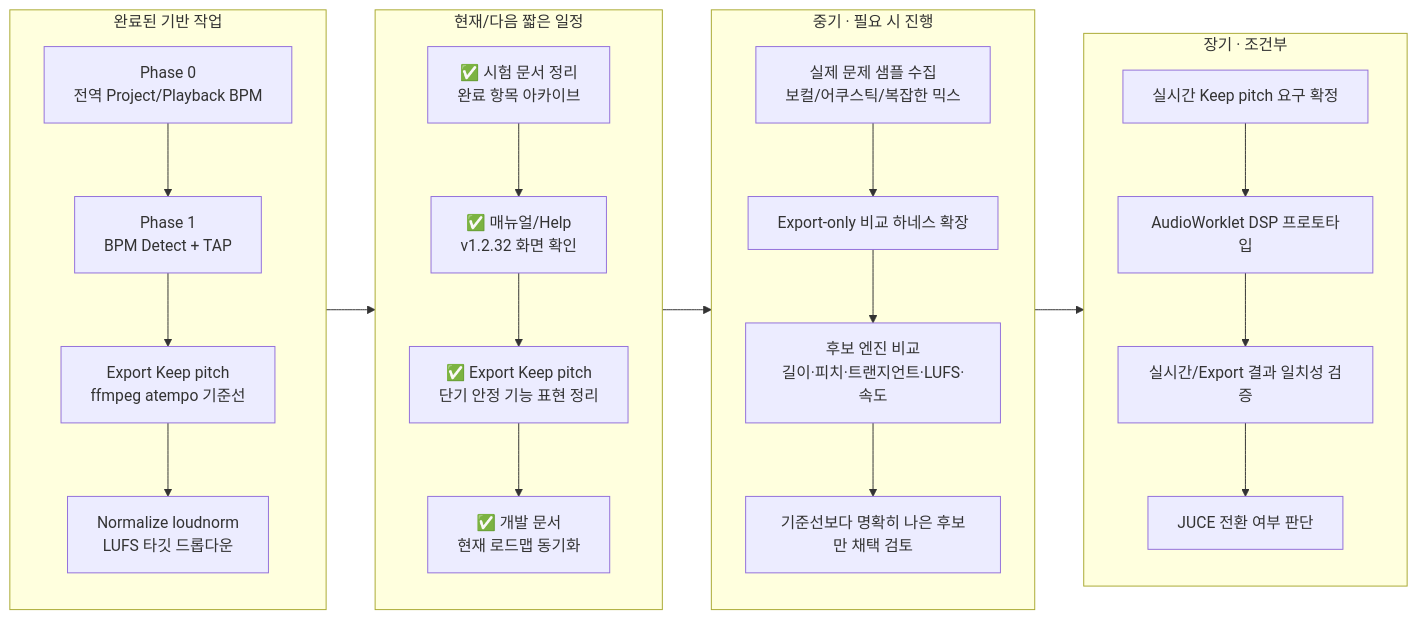
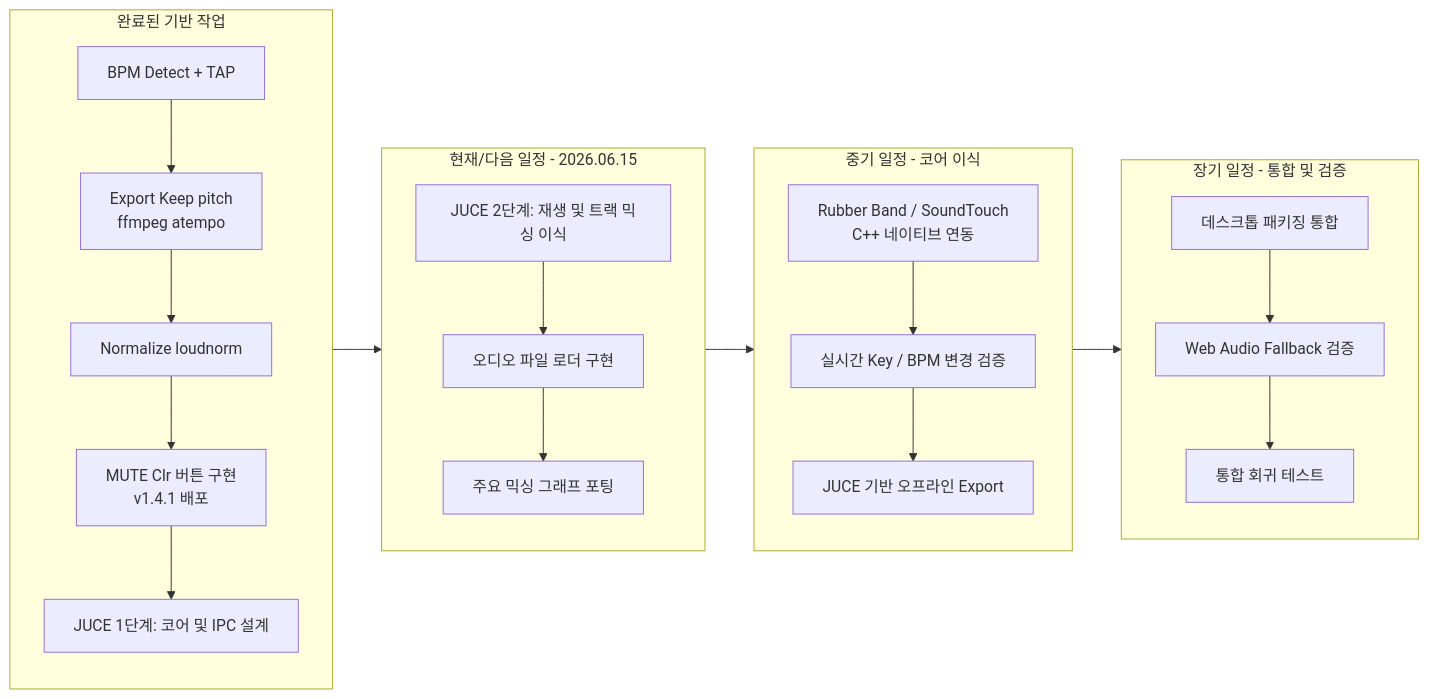
Before and after one commit to limsunglyong/FocusDAW-Studio: the second of 5 diagrams in 개발-프로세스.md, drawn with Mermaid. The commit also changed other lines of this file and 387 other files, not shown here.

````diff
--- a/개발-프로세스.md
+++ b/개발-프로세스.md
@@ -71,36 +65,34 @@
 ```mermaid
 flowchart LR
     subgraph DONE [완료된 기반 작업]
-        A0[Phase 0<br/>전역 Project/Playback BPM]
-        A1[Phase 1<br/>BPM Detect + TAP]
-        A2[Export Keep pitch<br/>ffmpeg atempo 기준선]
-        A3[Normalize loudnorm<br/>LUFS 타깃 드롭다운]
-        A0 --> A1 --> A2 --> A3
+        A0[BPM Detect + TAP]
+        A1[Export Keep pitch<br/>ffmpeg atempo]
+        A2[Normalize loudnorm]
+        A3[MUTE Clr 버튼 구현<br/>v1.4.1 배포]
+        A4[JUCE 1단계: 코어 및 IPC 설계]
+        A0 --> A1 --> A2 --> A3 --> A4
     end
 
-    subgraph NOW [현재/다음 짧은 일정]
-        B0[✅ 시험 문서 정리<br/>완료 항목 아카이브]
-        B1[✅ 매뉴얼/Help<br/>v1.2.32 화면 확인]
-        B2[✅ Export Keep pitch<br/>단기 안정 기능 표현 정리]
-        B3[✅ 개발 문서<br/>현재 로드맵 동기화]
-        B0 --> B1 --> B2 --> B3
+    subgraph NOW [현재/다음 일정 - 2026.06.15]
+        B0[JUCE 2단계: 재생 및 트랙 믹싱 이식]
+        B1[오디오 파일 로더 구현]
+        B2[주요 믹싱 그래프 포팅]
+        B0 --> B1 --> B2
     end
 
-    subgraph MID [중기 · 필요 시 진행]
-        C0[실제 문제 샘플 수집<br/>보컬/어쿠스틱/복잡한 믹스]
-        C1[Export-only 비교 하네스 확장]
-        C2[후보 엔진 비교<br/>길이·피치·트랜지언트·LUFS·속도]
-        C3[기준선보다 명확히 나은 후보만 채택 검토]
-        C0 --> C1 --> C2 --> C3
+    subgraph MID [중기 일정 - 코어 이식]
+        C0[Rubber Band / SoundTouch<br/>C++ 네이티브 연동]
+        C1[실시간 Key / BPM 변경 검증]
+        C2[JUCE 기반 오프라인 Export]
+        C0 --> C1 --> C2
     end
 
-    subgraph LATE [장기 · 조건부]
-        D0[실시간 Keep pitch 요구 확정]
-        D1[AudioWorklet DSP 프로토타입]
-        D2[실시간/Export 결과 일치성 검증]
-        D3[JUCE 전환 여부 판단]
-        D0 --> D1 --> D2 --> D3
+    subgraph LATE [장기 일정 - 통합 및 검증]
+        D0[데스크톱 패키징 통합]
+        D1[Web Audio Fallback 검증]
+        D2[통합 회귀 테스트]
+        D0 --> D1 --> D2
     end
 
     DONE --> NOW --> MID --> LATE
 ```
````
